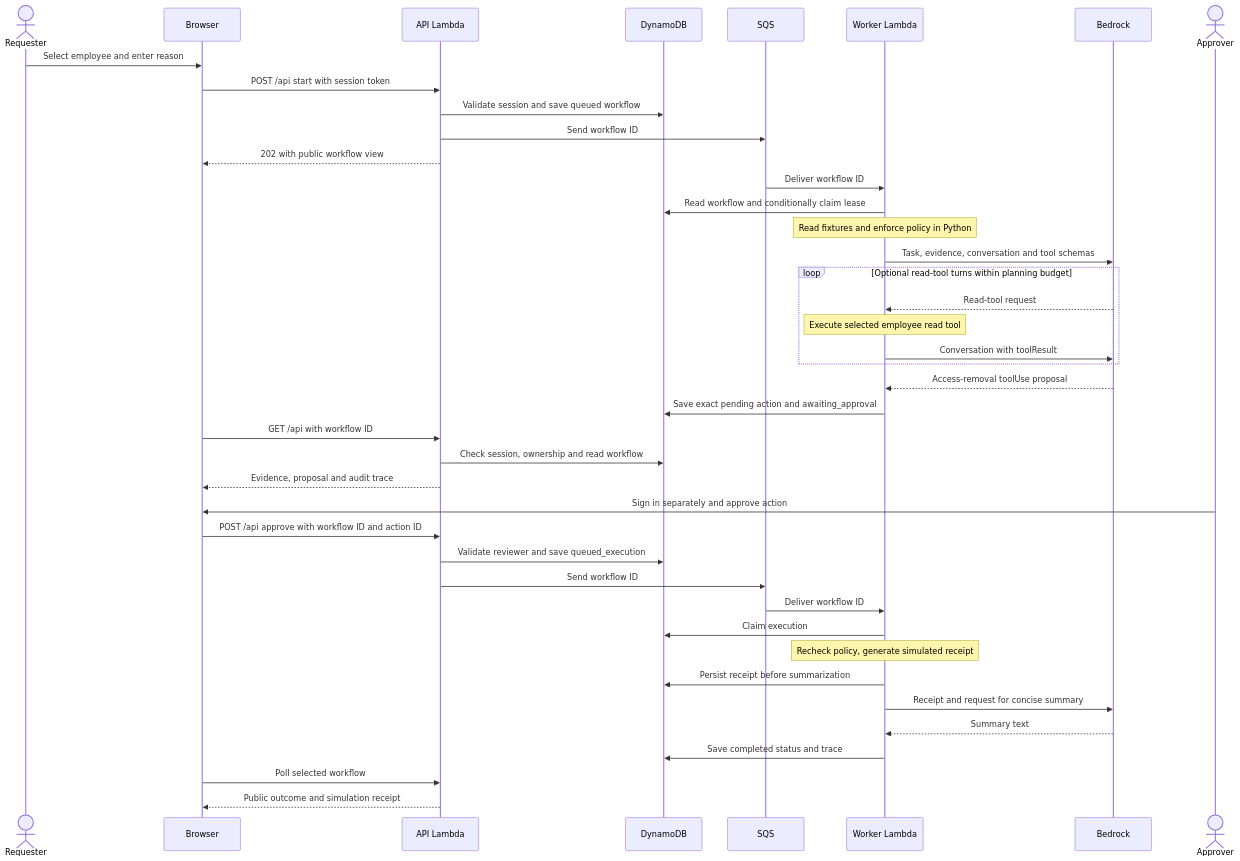
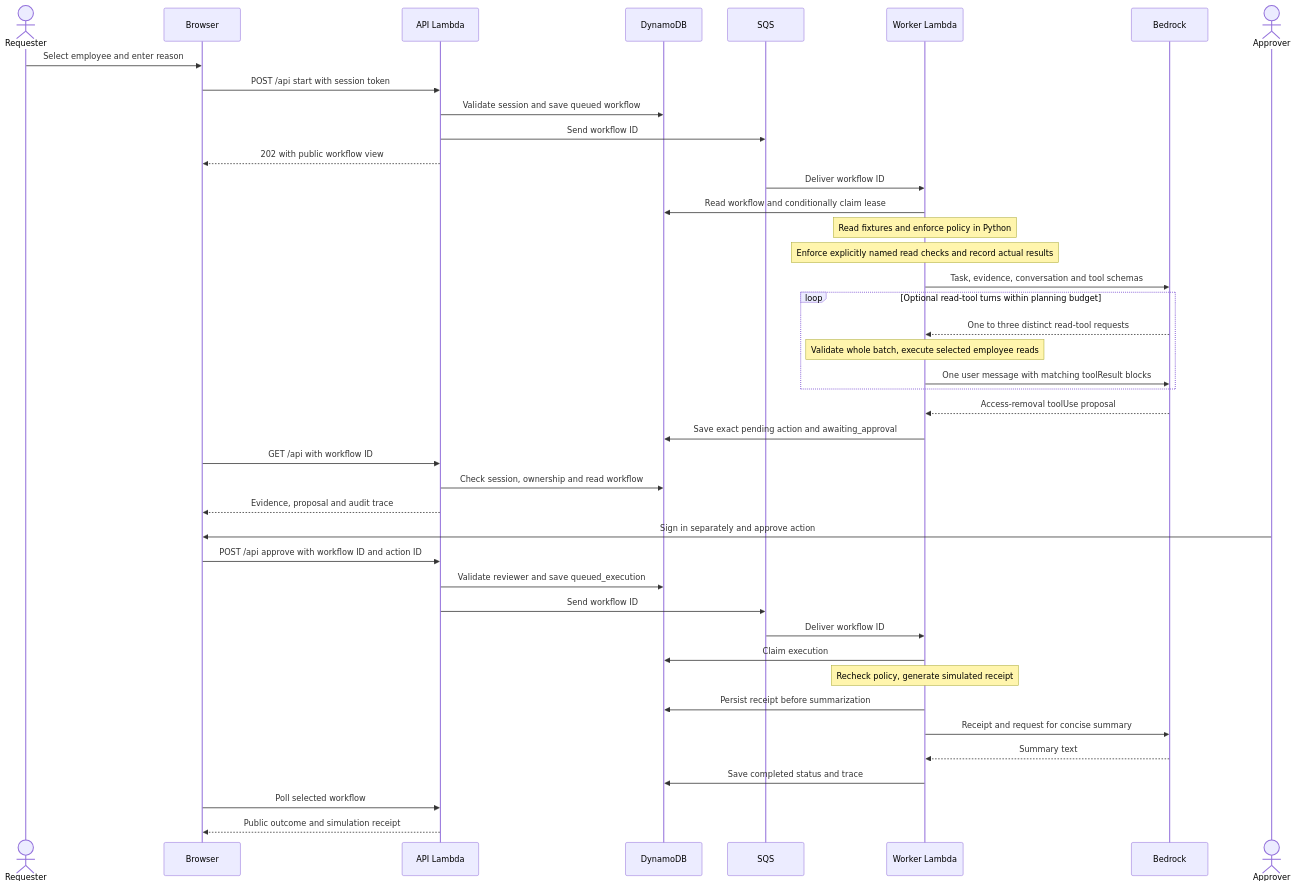
One commit to Destivano/opspilot-agent-core changed the second of 2 diagrams in docs/dataflow.md. Above: the diagram before and after it, drawn with Mermaid. The commit also changed other lines of this file and 6 other files, not shown here.

````diff
--- a/docs/dataflow.md
+++ b/docs/dataflow.md
@@ -52,43 +52,44 @@
 ```mermaid
 sequenceDiagram
     actor Requester
     participant UI as Browser
     participant API as API Lambda
     participant DB as DynamoDB
     participant Q as SQS
     participant W as Worker Lambda
     participant M as Bedrock
     actor Approver
     Requester->>UI: Select employee and enter reason
     UI->>API: POST /api start with session token
     API->>DB: Validate session and save queued workflow
     API->>Q: Send workflow ID
     API-->>UI: 202 with public workflow view
     Q->>W: Deliver workflow ID
     W->>DB: Read workflow and conditionally claim lease
     Note over W: Read fixtures and enforce policy in Python
+    Note over W: Enforce explicitly named read checks and record actual results
     W->>M: Task, evidence, conversation and tool schemas
     loop Optional read-tool turns within planning budget
-        M-->>W: Read-tool request
-        Note over W: Execute selected employee read tool
-        W->>M: Conversation with toolResult
+        M-->>W: One to three distinct read-tool requests
+        Note over W: Validate whole batch, execute selected employee reads
+        W->>M: One user message with matching toolResult blocks
     end
     M-->>W: Access-removal toolUse proposal
     W->>DB: Save exact pending action and awaiting_approval
     UI->>API: GET /api with workflow ID
     API->>DB: Check session, ownership and read workflow
     API-->>UI: Evidence, proposal and audit trace
     Approver->>UI: Sign in separately and approve action
     UI->>API: POST /api approve with workflow ID and action ID
     API->>DB: Validate reviewer and save queued_execution
     API->>Q: Send workflow ID
     Q->>W: Deliver workflow ID
     W->>DB: Claim execution
     Note over W: Recheck policy, generate simulated receipt
     W->>DB: Persist receipt before summarization
     W->>M: Receipt and request for concise summary
     M-->>W: Summary text
     W->>DB: Save completed status and trace
     UI->>API: Poll selected workflow
     API-->>UI: Public outcome and simulation receipt
 ```
````
